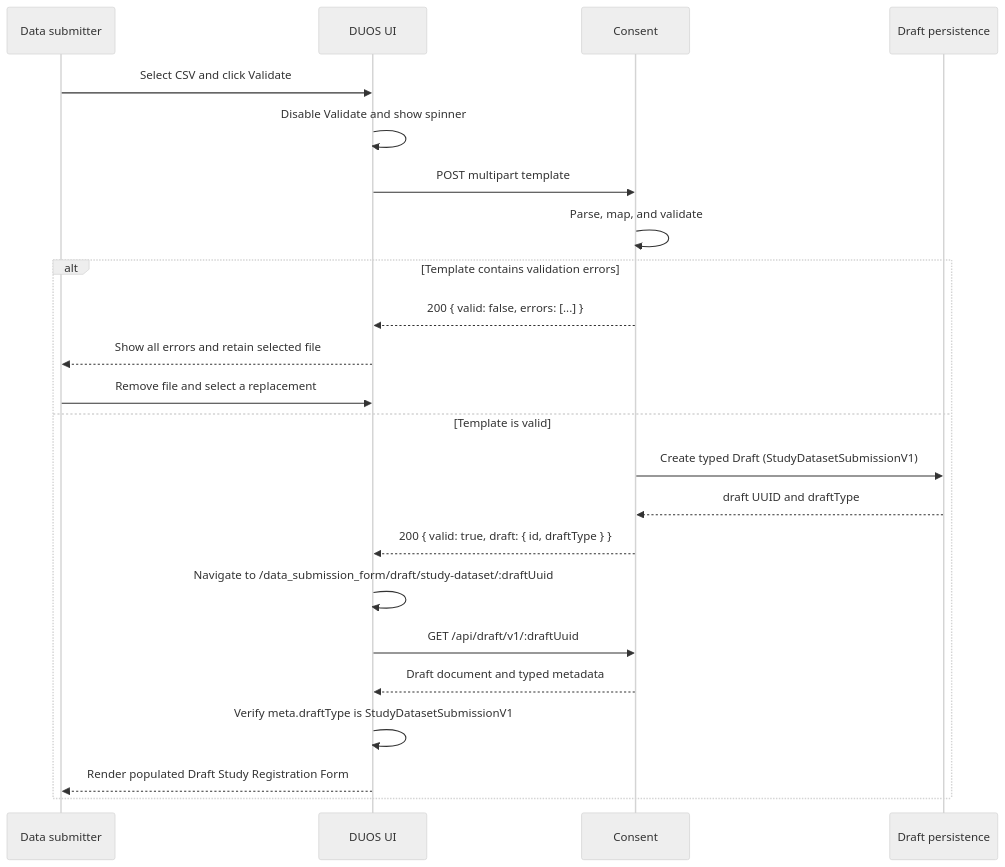
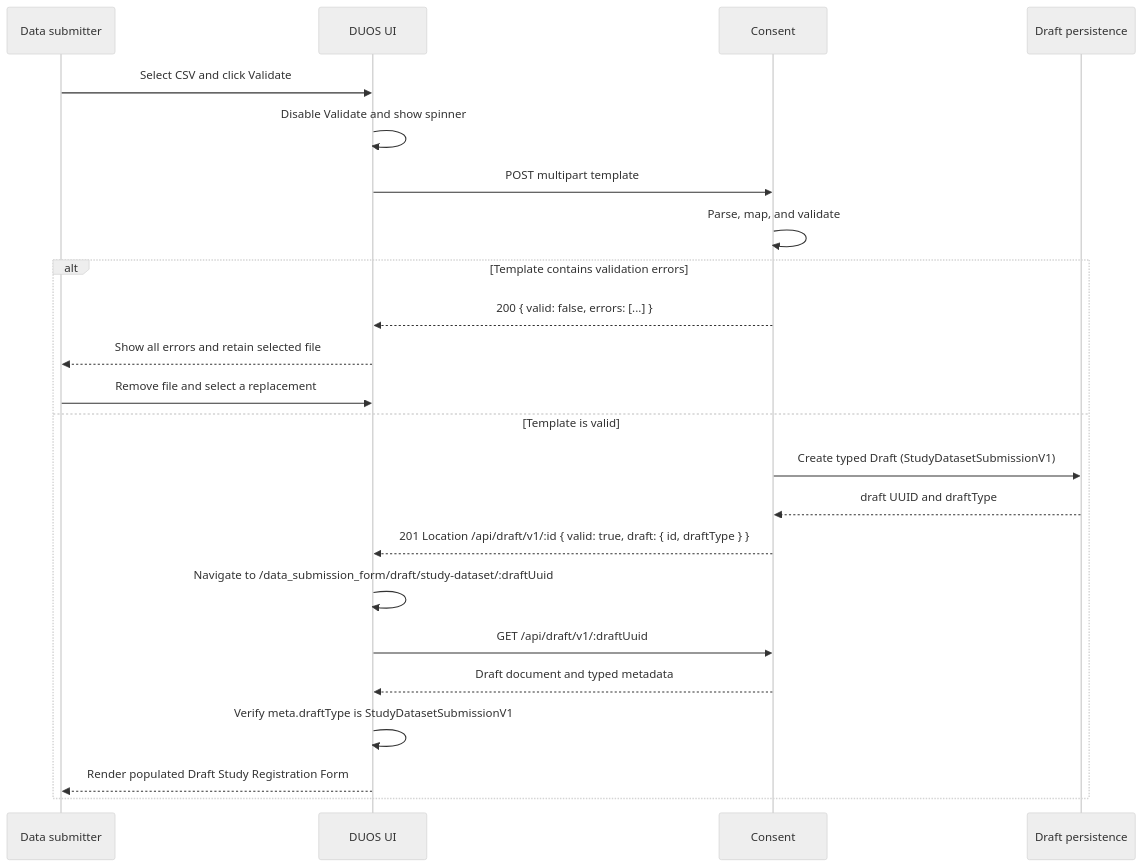
One commit to DataBiosphere/duos-ui changed the diagram in docs/plans/study-template-validation-workflow.md. Above: the diagram before and after it, drawn with Mermaid (neutral theme). The commit also changed other lines of this file and 1 other file, not shown here.

````diff
--- a/docs/plans/study-template-validation-workflow.md
+++ b/docs/plans/study-template-validation-workflow.md
@@ -82,27 +82,27 @@
 ```mermaid
 sequenceDiagram
     participant U as Data submitter
     participant UI as DUOS UI
     participant API as Consent
     participant DB as Draft persistence
 
     U->>UI: Select CSV and click Validate
     UI->>UI: Disable Validate and show spinner
     UI->>API: POST multipart template
     API->>API: Parse, map, and validate
 
     alt Template contains validation errors
         API-->>UI: 200 { valid: false, errors: [...] }
         UI-->>U: Show all errors and retain selected file
         U->>UI: Remove file and select a replacement
     else Template is valid
         API->>DB: Create typed Draft (StudyDatasetSubmissionV1)
         DB-->>API: draft UUID and draftType
-        API-->>UI: 200 { valid: true, draft: { id, draftType } }
+        API-->>UI: 201 Location /api/draft/v1/:id { valid: true, draft: { id, draftType } }
         UI->>UI: Navigate to /data_submission_form/draft/study-dataset/:draftUuid
         UI->>API: GET /api/draft/v1/:draftUuid
         API-->>UI: Draft document and typed metadata
         UI->>UI: Verify meta.draftType is StudyDatasetSubmissionV1
         UI-->>U: Render populated Draft Study Registration Form
     end
 ```
````
